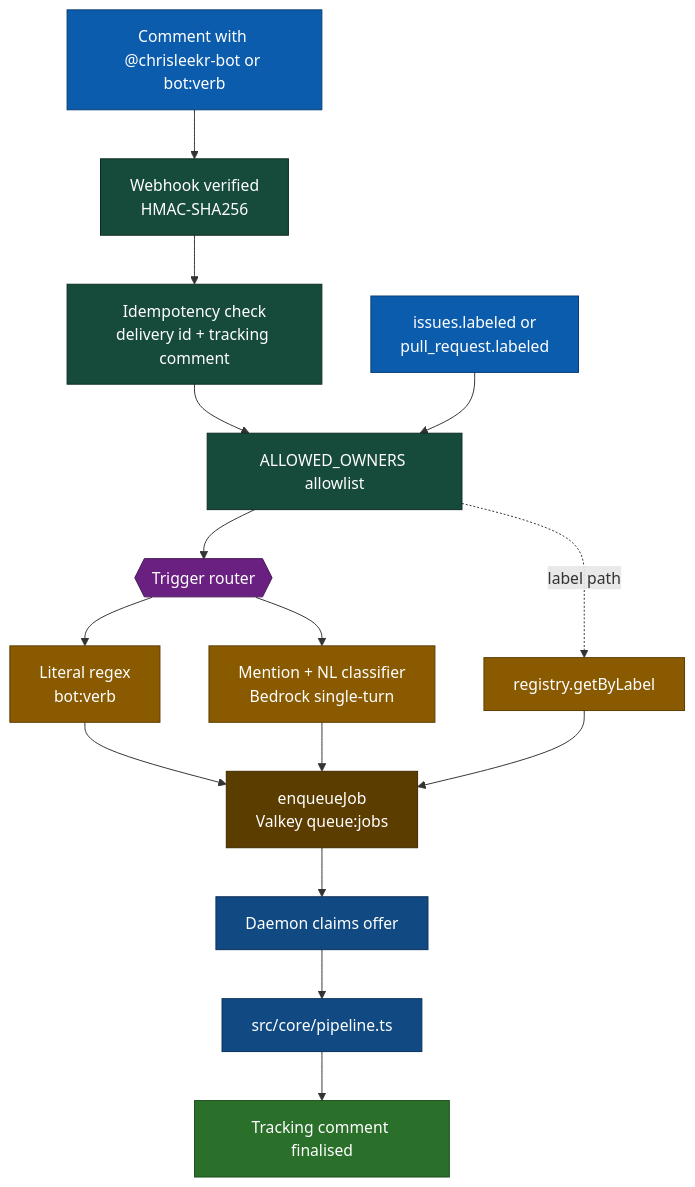
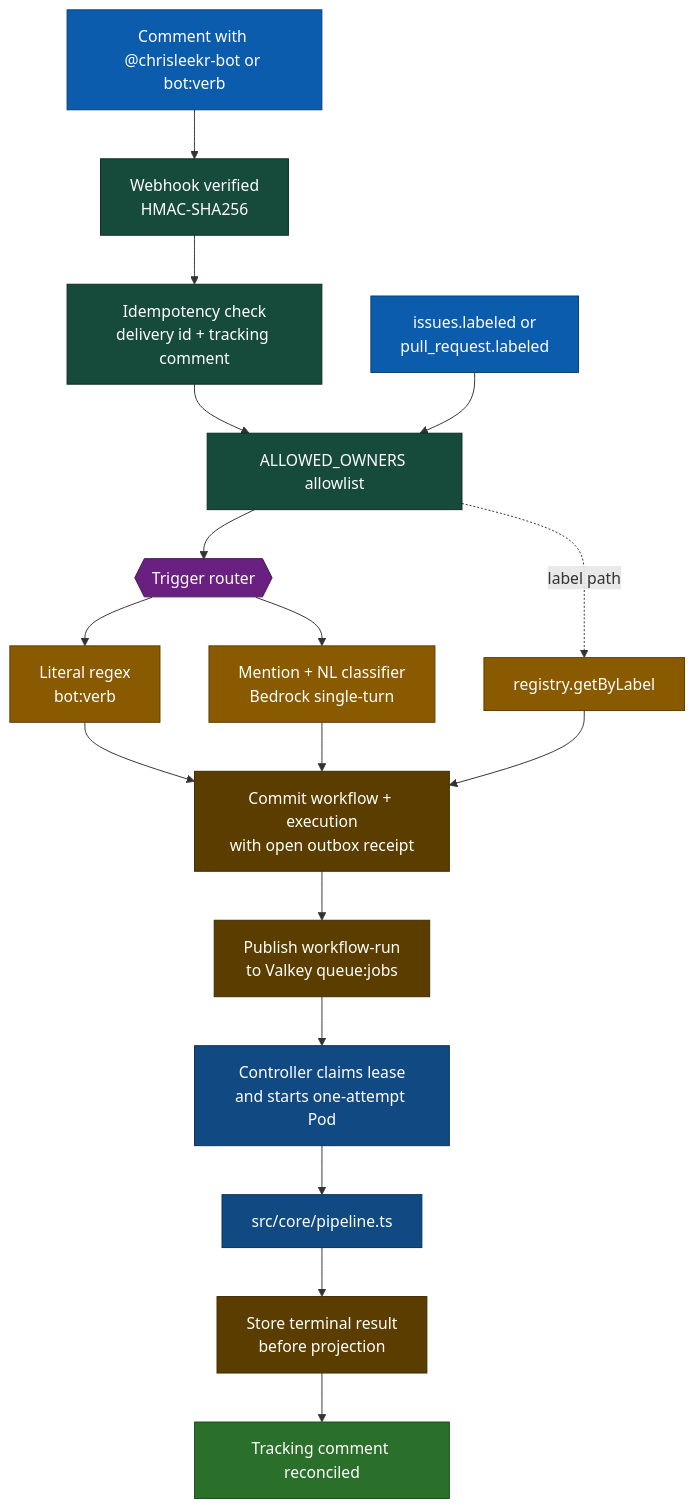
The diagram in docs/use/invoking.md (chrisleekr/github-app), drawn with Mermaid before and after one commit. The commit also changed other lines of this file and 76 other files, not shown here.

Commit message:
feat(runner): isolate structured workflows in one-attempt Kubernetes Pods (#292)

````diff
--- a/docs/use/invoking.md
+++ b/docs/use/invoking.md
@@ -17,34 +17,36 @@
 ```mermaid
 flowchart TD
     Cmt["Comment with @chrisleekr-bot or bot:verb"]:::input
     Verify["Webhook verified<br/>HMAC-SHA256"]:::guard
     Idem["Idempotency check<br/>delivery id + tracking comment"]:::guard
     Allow["ALLOWED_OWNERS allowlist"]:::guard
     Router{{"Trigger router"}}:::fork
     Lit["Literal regex<br/>bot:verb"]:::route
     NL["Mention + NL classifier<br/>Bedrock single-turn"]:::route
     LabelEvt["issues.labeled or<br/>pull_request.labeled"]:::input
     LabelMatch["registry.getByLabel"]:::route
-    Enqueue["enqueueJob<br/>Valkey queue:jobs"]:::store
-    Daemon["Daemon claims offer"]:::work
+    Commit["Commit workflow + execution<br/>with open outbox receipt"]:::store
+    Enqueue["Publish workflow-run<br/>to Valkey queue:jobs"]:::store
+    Runner["Controller claims lease<br/>and starts one-attempt Pod"]:::work
     Pipe["src/core/pipeline.ts"]:::work
-    Track["Tracking comment finalised"]:::done
+    Durable["Store terminal result<br/>before projection"]:::store
+    Track["Tracking comment reconciled"]:::done
 
     Cmt --> Verify --> Idem --> Allow --> Router
     Router --> Lit
     Router --> NL
     LabelEvt --> Allow
     Allow -. label path .-> LabelMatch
-    Lit --> Enqueue
-    NL --> Enqueue
-    LabelMatch --> Enqueue
-    Enqueue --> Daemon --> Pipe --> Track
+    Lit --> Commit
+    NL --> Commit
+    LabelMatch --> Commit
+    Commit --> Enqueue --> Runner --> Pipe --> Durable --> Track
 
     classDef input fill:#0b5cad,stroke:#083e74,color:#ffffff
     classDef guard fill:#164a3a,stroke:#0d2c24,color:#ffffff
     classDef fork fill:#6a2080,stroke:#451454,color:#ffffff
     classDef route fill:#8a5a00,stroke:#5c3d00,color:#ffffff
     classDef store fill:#5c3d00,stroke:#3d2900,color:#ffffff
     classDef work fill:#114a82,stroke:#0a2f56,color:#ffffff
     classDef done fill:#2a6f2a,stroke:#1a4d1a,color:#ffffff
 ```
````
